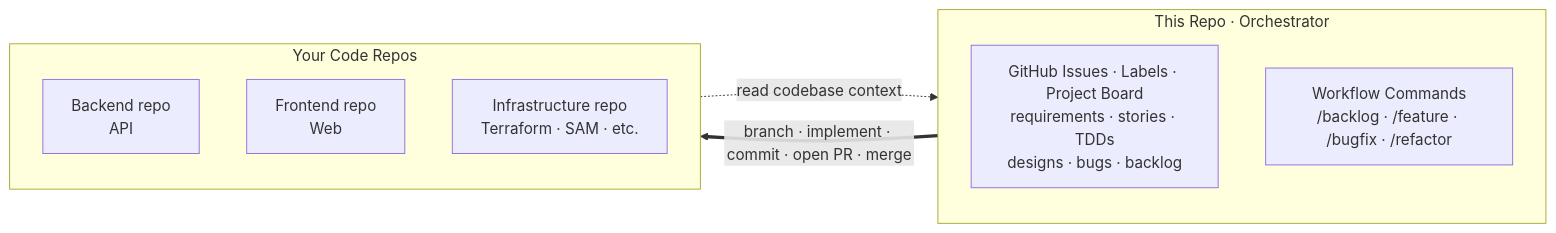
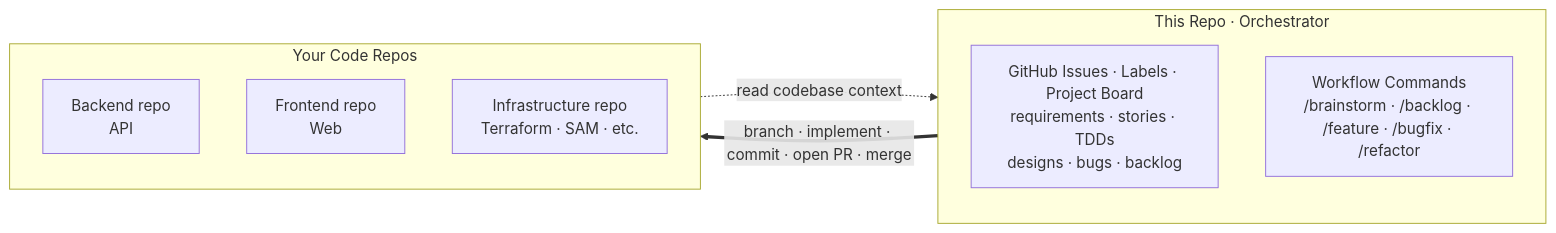
The first of 2 diagrams in README.md (simpscal/sapiens-dtj), drawn with Mermaid before and after one commit. The commit also changed other lines of this file and 2 other files, not shown here.

Commit message:
feat(brainstorm): collaborative ideation workflow into backlog drafts (#5)

````diff
--- a/README.md
+++ b/README.md
@@ -30,18 +30,18 @@
 ```mermaid
 flowchart LR
     subgraph ORCH["This Repo · Orchestrator"]
         direction TB
         ISSUES["GitHub Issues · Labels · Project Board<br/>requirements · stories · TDDs<br/>designs · bugs · backlog"]
-        FLOWS["Workflow Commands<br/>/backlog · /feature · /bugfix · /refactor"]
+        FLOWS["Workflow Commands<br/>/brainstorm · /backlog · /feature · /bugfix · /refactor"]
     end
 
     subgraph TARGETS["Your Code Repos"]
         direction TB
         BE["Backend repo<br/>API"]
         FE["Frontend repo<br/>Web"]
         IN["Infrastructure repo<br/>Terraform · SAM · etc."]
     end
 
     ORCH ==>|"branch · implement · commit · open PR · merge"| TARGETS
     TARGETS -.->|"read codebase context"| ORCH
 ```
````
